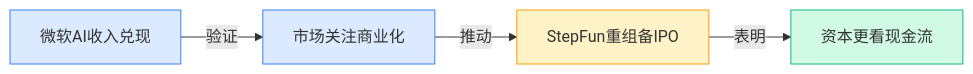
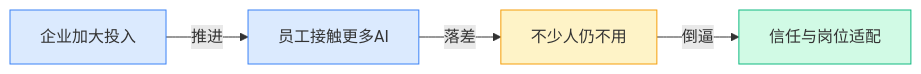
Before and after one commit to ylzsdafei/ai-daily-site: the first of 8 diagrams in content/cn/blog/weekly/2026-W16.md, drawn with Mermaid. The commit also changed other lines of this file and 1 other file, not shown here.

Commit message:
feat: 宏观趋势加详细图谱折叠

````diff
--- a/content/cn/blog/weekly/2026-W16.md
+++ b/content/cn/blog/weekly/2026-W16.md
@@ -20,12 +20,10 @@
 ```mermaid
 graph LR
-A[微软AI收入兑现]-->|验证|B[市场关注商业化]
-B-->|推动|C[StepFun重组备IPO]
-C-->|表明|D[资本更看现金流]
+A[企业加大投入] -->|推进| B[员工接触更多AI] -->|落差| C[不少人仍不用] -->|倒逼| D[信任与岗位适配]
 classDef blue fill:#dbeafe,stroke:#3b82f6
 classDef yellow fill:#fef3c7,stroke:#f59e0b
 classDef green fill:#d1fae5,stroke:#10b981
 class A,B blue
 class C yellow
 class D green
 ```
````
